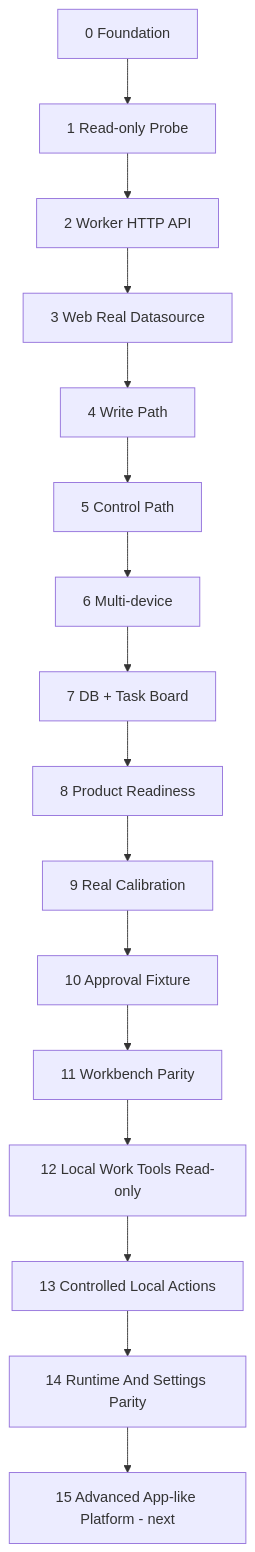
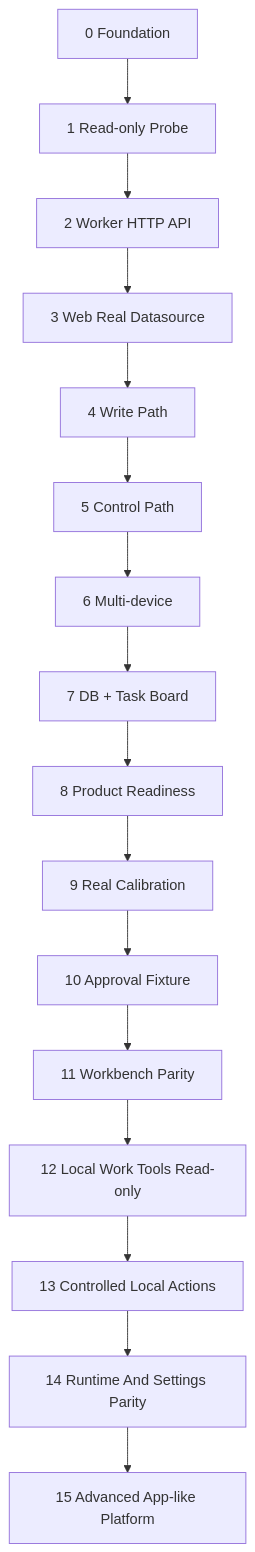
Before and after one commit to VintLin/codex-remote: the second of 2 diagrams in PLAN.md, drawn with Mermaid. The commit also changed other lines of this file and 34 other files, not shown here.

Commit message:
Add advanced platform readiness panel

````diff
--- a/PLAN.md
+++ b/PLAN.md
@@ -65,21 +65,21 @@
 ```mermaid
 flowchart TB
   P0["0 Foundation"]
   P1["1 Read-only Probe"]
   P2["2 Worker HTTP API"]
   P3["3 Web Real Datasource"]
   P4["4 Write Path"]
   P5["5 Control Path"]
   P6["6 Multi-device"]
   P7["7 DB + Task Board"]
   P8["8 Product Readiness"]
   P9["9 Real Calibration"]
   P10["10 Approval Fixture"]
   P11["11 Workbench Parity"]
   P12["12 Local Work Tools Read-only"]
   P13["13 Controlled Local Actions"]
   P14["14 Runtime And Settings Parity"]
-  P15["15 Advanced App-like Platform - next"]
+  P15["15 Advanced App-like Platform"]
 
   P0 --> P1 --> P2 --> P3 --> P4 --> P5 --> P6 --> P7 --> P8 --> P9 --> P10 --> P11 --> P12 --> P13 --> P14 --> P15
 ```
````
